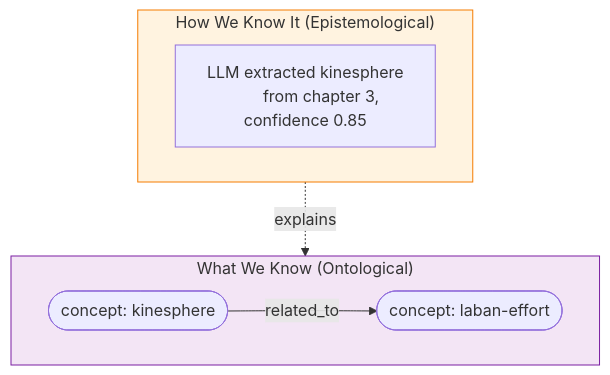
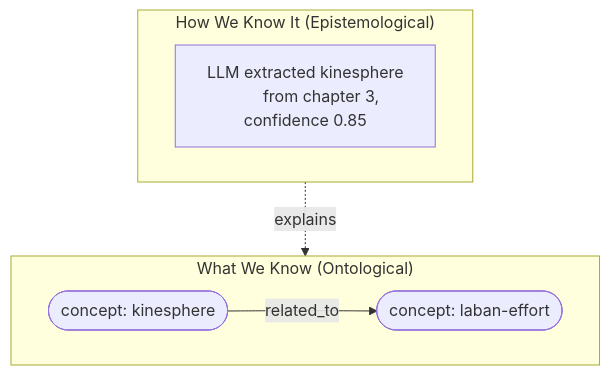
The second of 8 diagrams in docs/semantic-adapters.md (nrgforge/plexus), drawn with Mermaid before and after one commit. The commit also changed other lines of this file and 1 other file, not shown here.

Commit message:
docs: remove background colors from mermaid diagrams

````diff
--- a/docs/semantic-adapters.md
+++ b/docs/semantic-adapters.md
@@ -31,20 +31,18 @@
 ```mermaid
 flowchart TB
     subgraph what ["What We Know (Ontological)"]
         direction LR
         N1(["concept: kinesphere"])
         N2(["concept: laban-effort"])
         N1 -->|related_to| N2
     end
 
     subgraph how ["How We Know It (Epistemological)"]
         direction LR
         M1["LLM extracted kinesphere
         from chapter 3, confidence 0.85"]
     end
 
     M1 -.->|explains| N1
 
-    style what fill:#f3e5f5,stroke:#7b1fa2
-    style how fill:#fff3e0,stroke:#f57c00
 ```
````
